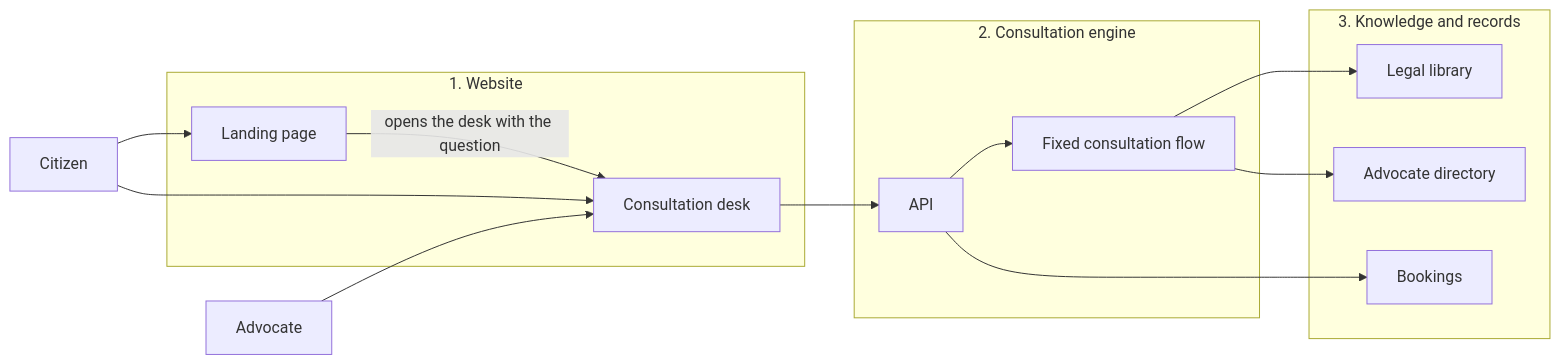
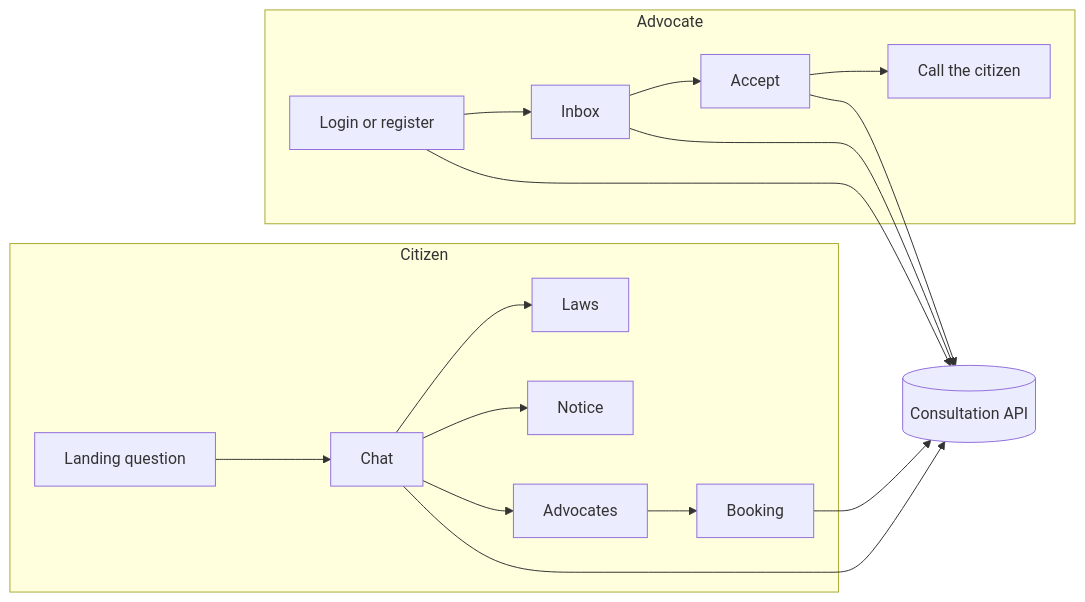
Before and after one commit to theankushjain/onlinevakeel: the first of 4 diagrams in 6-day-guide.md, drawn with Mermaid. The commit also changed other lines of this file, not shown here.

First line of the commit message:
Revise 6-day guide to include full system architecture

````diff
--- a/6-day-guide.md
+++ b/6-day-guide.md
@@ -32,27 +7,20 @@
 ```mermaid
 flowchart LR
-    Citizen[Citizen]
-    Advocate[Advocate]
-    subgraph Site["1. Website"]
-        Home[Landing page]
-        Desk[Consultation desk]
+    subgraph Citizen
+        A[Landing question] --> B[Chat]
+        B --> C[Laws]
+        B --> D[Notice]
+        B --> E[Advocates]
+        E --> F[Booking]
     end
-    subgraph Engine["2. Consultation engine"]
-        API[API]
-        Flow[Fixed consultation flow]
+    subgraph Advocate
+        G[Login or register] --> H[Inbox]
+        H --> I[Accept]
+        I --> J[Call the citizen]
     end
-    subgraph Memory["3. Knowledge and records"]
-        Laws[Legal library]
-        People[Advocate directory]
-        Books[Bookings]
-    end
-    Citizen --> Home
-    Citizen --> Desk
-    Advocate --> Desk
-    Home -->|opens the desk with the question| Desk
-    Desk --> API
-    API --> Flow
-    Flow --> Laws
-    Flow --> People
-    API --> Books
+    B --> API[(Consultation API)]
+    F --> API
+    G --> API
+    H --> API
+    I --> API
 ```
````
